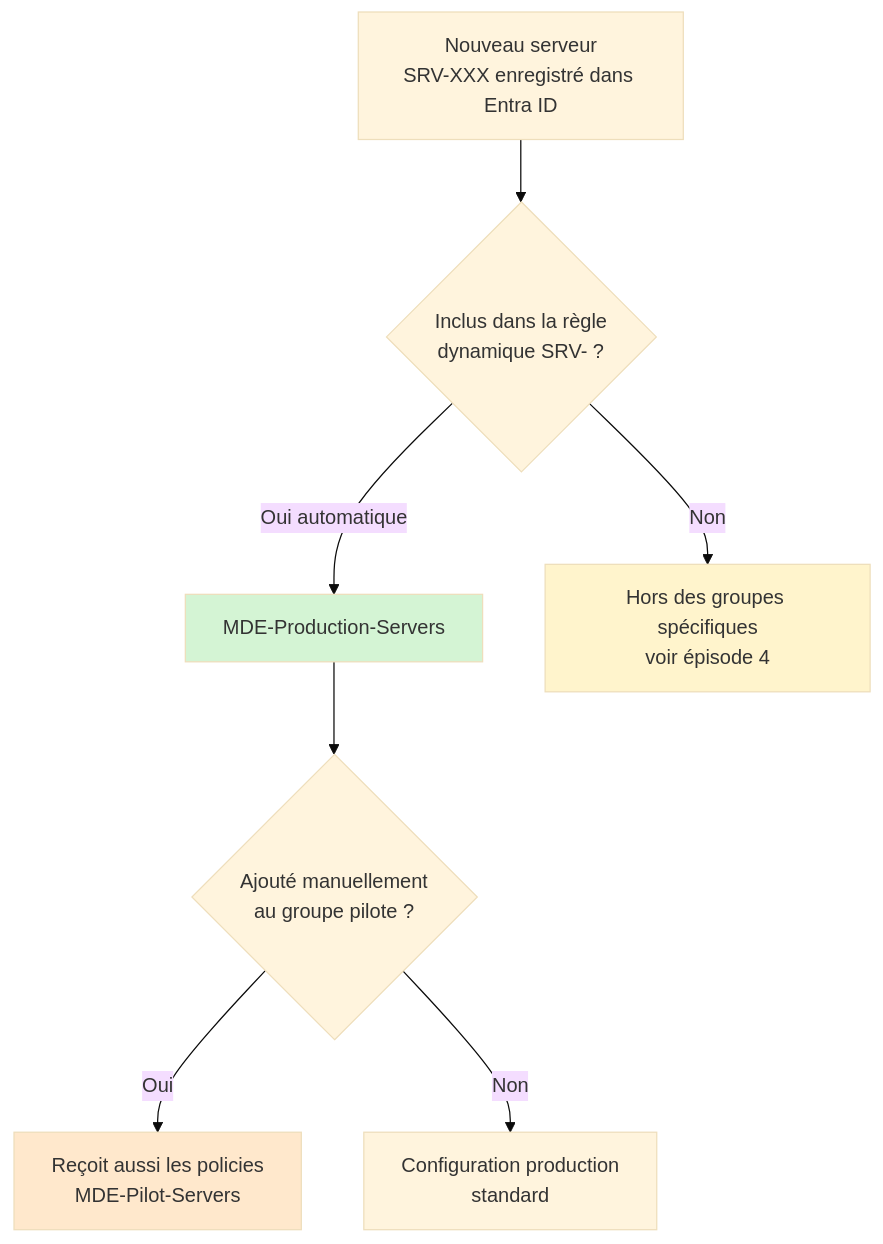
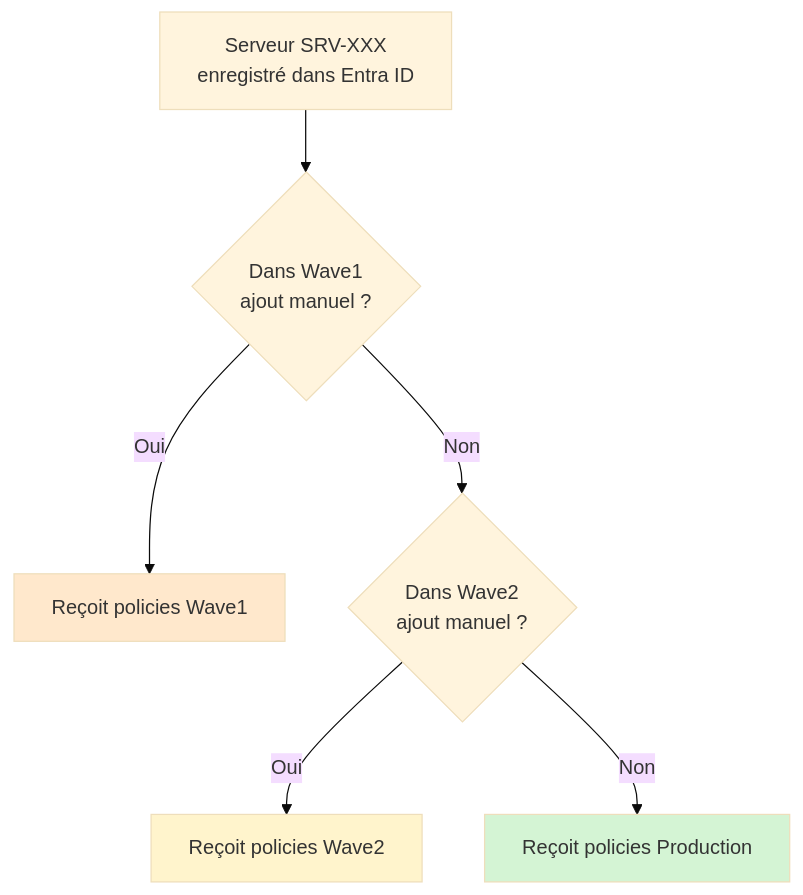
Before and after one commit to sebastienmiro/sebastienmiro.github.io: the diagram in _posts/series/mde-foundations/2026-05-30-mde-foundations-ep3-licences-onboarding-serveurs.md, drawn with Mermaid (base theme). The commit also changed other lines of this file and 8 other files, not shown here.

````diff
--- a/_posts/series/mde-foundations/2026-05-30-mde-foundations-ep3-licences-onboarding-serveurs.md
+++ b/_posts/series/mde-foundations/2026-05-30-mde-foundations-ep3-licences-onboarding-serveurs.md
@@ -189,14 +203,12 @@
 ```mermaid
 flowchart TD
-    A[Nouveau serveur<br/>SRV-XXX enregistré dans Entra ID] --> B{Inclus dans la règle<br/>dynamique SRV- ?}
-    B -->|Oui automatique| C[MDE-Production-Servers]
-    B -->|Non| D[Hors des groupes spécifiques<br/>voir épisode 4]
+    A[Serveur SRV-XXX<br/>enregistré dans Entra ID] --> B{Dans Wave1<br/>ajout manuel ?}
+    B -->|Oui| C[Reçoit policies Wave1]
+    B -->|Non| D{Dans Wave2<br/>ajout manuel ?}
+    D -->|Oui| E[Reçoit policies Wave2]
+    D -->|Non| F[Reçoit policies Production]
 
-    C --> E{Ajouté manuellement<br/>au groupe pilote ?}
-    E -->|Oui| F[Reçoit aussi les policies<br/>MDE-Pilot-Servers]
-    E -->|Non| G[Configuration production<br/>standard]
-
-    style C fill:#d4f4d4
-    style F fill:#ffe8cc
-    style D fill:#fff4cc
+    style C fill:#ffe8cc
+    style E fill:#fff4cc
+    style F fill:#d4f4d4
 ```
````
